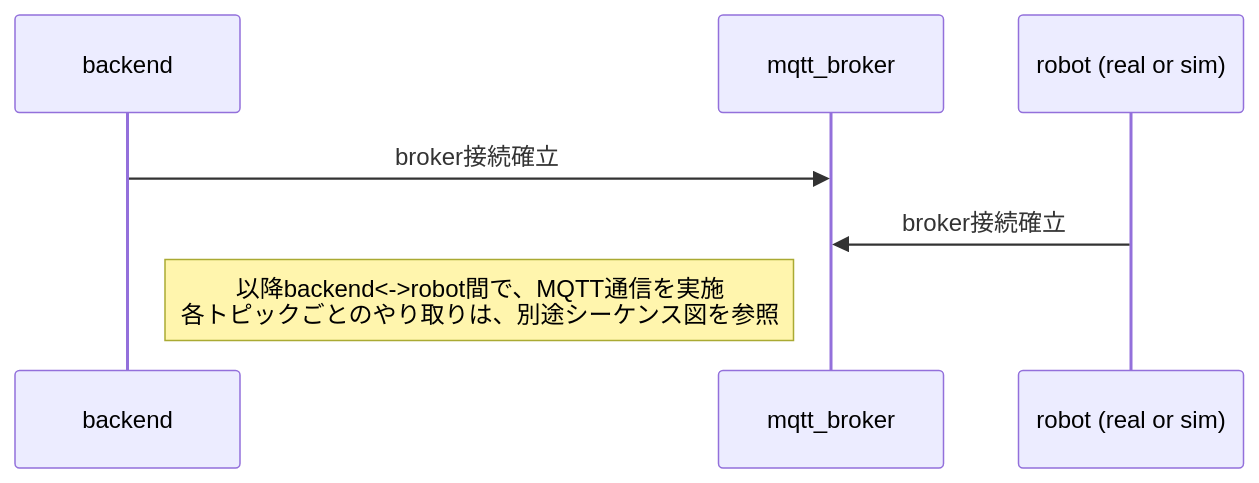
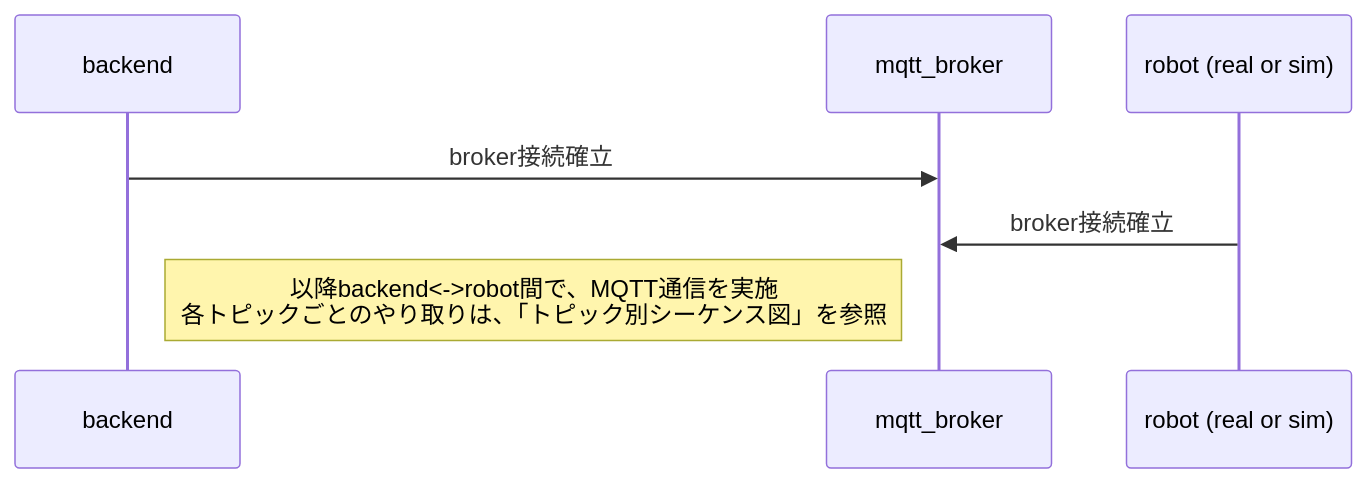
One commit to akinami3/robot-ml-web-app changed the first of 12 diagrams in README.md. Above: the diagram before and after it, drawn with Mermaid.

````diff
--- a/README.md
+++ b/README.md
@@ -10,10 +10,10 @@
 ```mermaid
 sequenceDiagram
   participant backend
   participant mqtt_broker
   participant robot as robot (real or sim)
 
   backend ->> mqtt_broker: broker接続確立
   robot ->> mqtt_broker: broker接続確立
-  Note right of backend: 以降backend<->robot間で、MQTT通信を実施<br>各トピックごとのやり取りは、別途シーケンス図を参照
+  Note right of backend: 以降backend<->robot間で、MQTT通信を実施<br>各トピックごとのやり取りは、「トピック別シーケンス図」を参照
 ```
````
